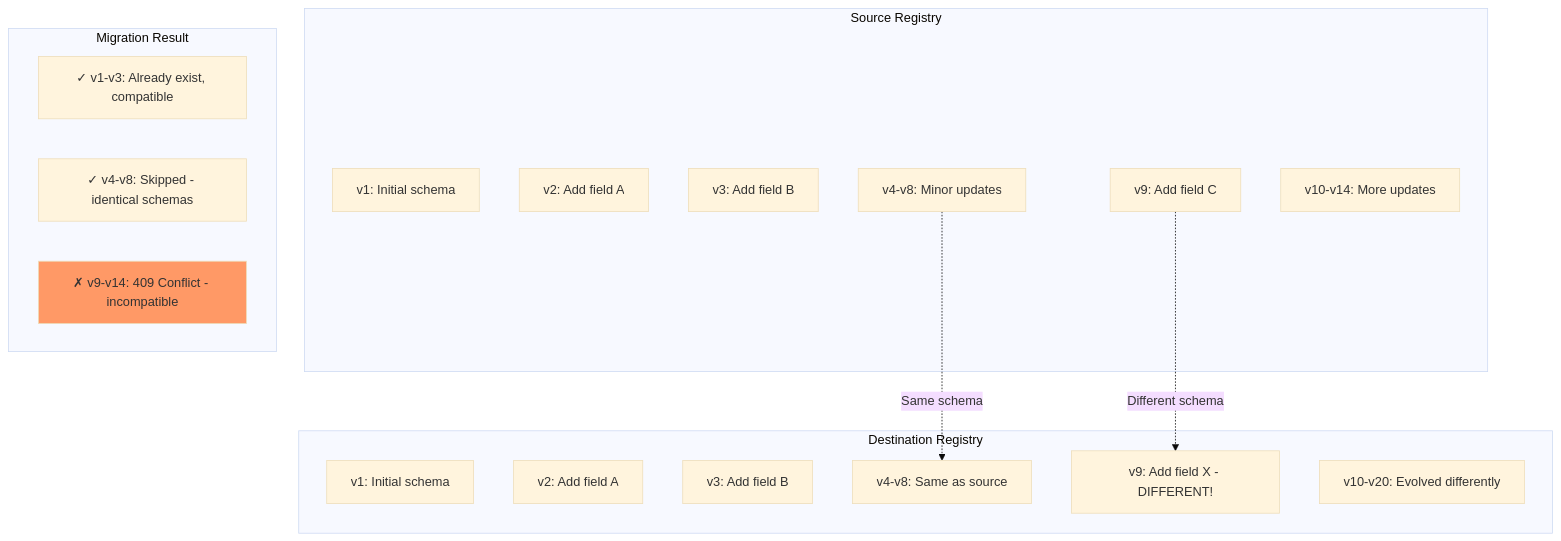
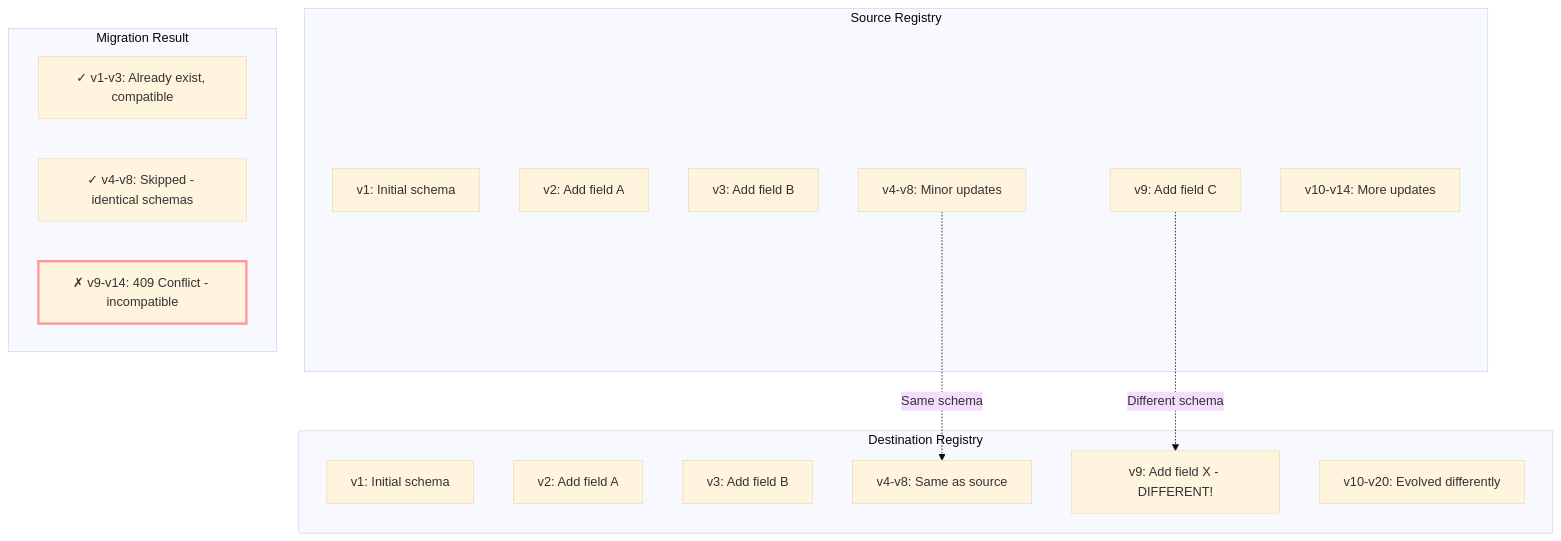
Before and after one commit to aywengo/kafka-schema-reg-migrator: diagram 12 of 19 in migration-flow.md, drawn with Mermaid (base theme). The commit also changed other lines of this file, not shown here.

First line of the commit message:
Update migration flow documentation to enhance visual clarity and consistency

````diff
--- a/migration-flow.md
+++ b/migration-flow.md
@@ -546,31 +546,31 @@
 ```mermaid
 graph TD
     subgraph "Source Registry"
         S1[v1: Initial schema]
         S2[v2: Add field A]
         S3[v3: Add field B]
         S4[v4-v8: Minor updates]
         S9[v9: Add field C]
         S10[v10-v14: More updates]
     end
     
     subgraph "Destination Registry"
         D1[v1: Initial schema]
         D2[v2: Add field A]
         D3[v3: Add field B]
         D4[v4-v8: Same as source]
         D9[v9: Add field X - DIFFERENT!]
         D10[v10-v20: Evolved differently]
     end
     
     subgraph "Migration Result"
         M1[✓ v1-v3: Already exist, compatible]
         M2[✓ v4-v8: Skipped - identical schemas]
         M3[✗ v9-v14: 409 Conflict - incompatible]
     end
     
     S4 -.->|Same schema| D4
     S9 -.->|Different schema| D9
     
-    style M3 fill:#f96
+    style M3 stroke:#ff9999,stroke-width:3px
 ```
````
